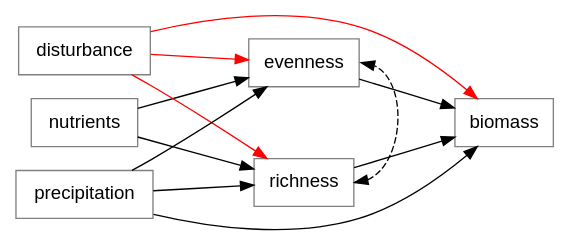
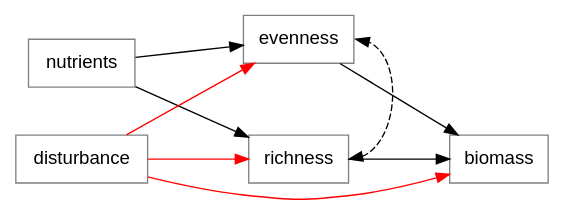
Diagram 29 of 29 in 5_Slides/Intro_to_SEM_part1.qmd (pennekampster/Swiss_SEM), drawn with Graphviz before and after one commit. The commit also changed other lines of this file and 3 other files, not shown here.

````diff
--- a/5_Slides/Intro_to_SEM_part1.qmd
+++ b/5_Slides/Intro_to_SEM_part1.qmd
@@ -1676,34 +1660,30 @@
 ```{dot}
 //| fig-width: 6
 digraph  {
 
    # a 'graph' statement
   graph [overlap = false, fontsize = 10, rankdir = LR, ranksep=1]
 
   # several 'node' statements
   node [shape = box,
         fontname = Helvetica, color="gray"]
   
         evenness, richness;
         nutrients;
         disturbance;
-        precipitation;
 
     disturbance->richness [color="red"];
     disturbance->evenness [color="red"];
     nutrients->richness;
     nutrients->evenness;
-    precipitation->richness;
-    precipitation->evenness;
     disturbance -> biomass [color="red"];
-    precipitation -> biomass;
 
     evenness:e-> richness:e [dir=both; minlen=3; style="dashed"];
 
     evenness->biomass ;
     richness->biomass ;
   
- { rank="same"; nutrients; disturbance; precipitation}
+ { rank="same"; nutrients; disturbance}
  { rank="same"; evenness; richness}
 }
 ```
````
